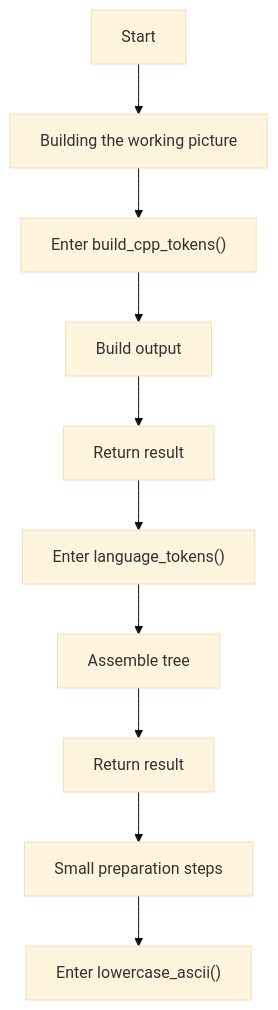
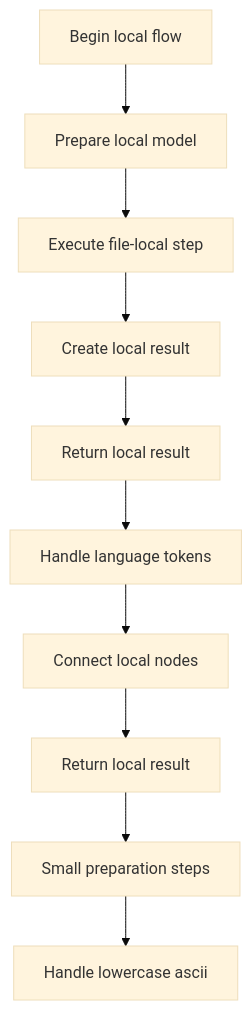
The first of 5 diagrams in docs/Codebase/Microservice/Modules/Source/Analysis/Lexical/language_tokens.cpp.md (JohnAndrewBalbarosa/NeoTerritory), drawn with Mermaid (base theme) before and after one commit. The commit also changed other lines of this file and 915 other files, not shown here.

````diff
--- a/docs/Codebase/Microservice/Modules/Source/Analysis/Lexical/language_tokens.cpp.md
+++ b/docs/Codebase/Microservice/Modules/Source/Analysis/Lexical/language_tokens.cpp.md
@@ -30,22 +29,22 @@
 ```mermaid
 flowchart TD
-    N0["Start"]
-    N1["Building the working picture"]
-    N2["Enter build_cpp_tokens()"]
-    N3["Build output"]
-    N4["Return result"]
-    N5["Enter language_tokens()"]
-    N6["Assemble tree"]
-    N7["Return result"]
+    N0["Begin local flow"]
+    N1["Prepare local model"]
+    N2["Execute file-local step"]
+    N3["Create local result"]
+    N4["Return local result"]
+    N5["Handle language tokens"]
+    N6["Connect local nodes"]
+    N7["Return local result"]
     N8["Small preparation steps"]
-    N9["Enter lowercase_ascii()"]
+    N9["Handle lowercase ascii"]
     N0 --> N1
     N1 --> N2
     N2 --> N3
     N3 --> N4
     N4 --> N5
     N5 --> N6
     N6 --> N7
     N7 --> N8
     N8 --> N9
 ```
````
